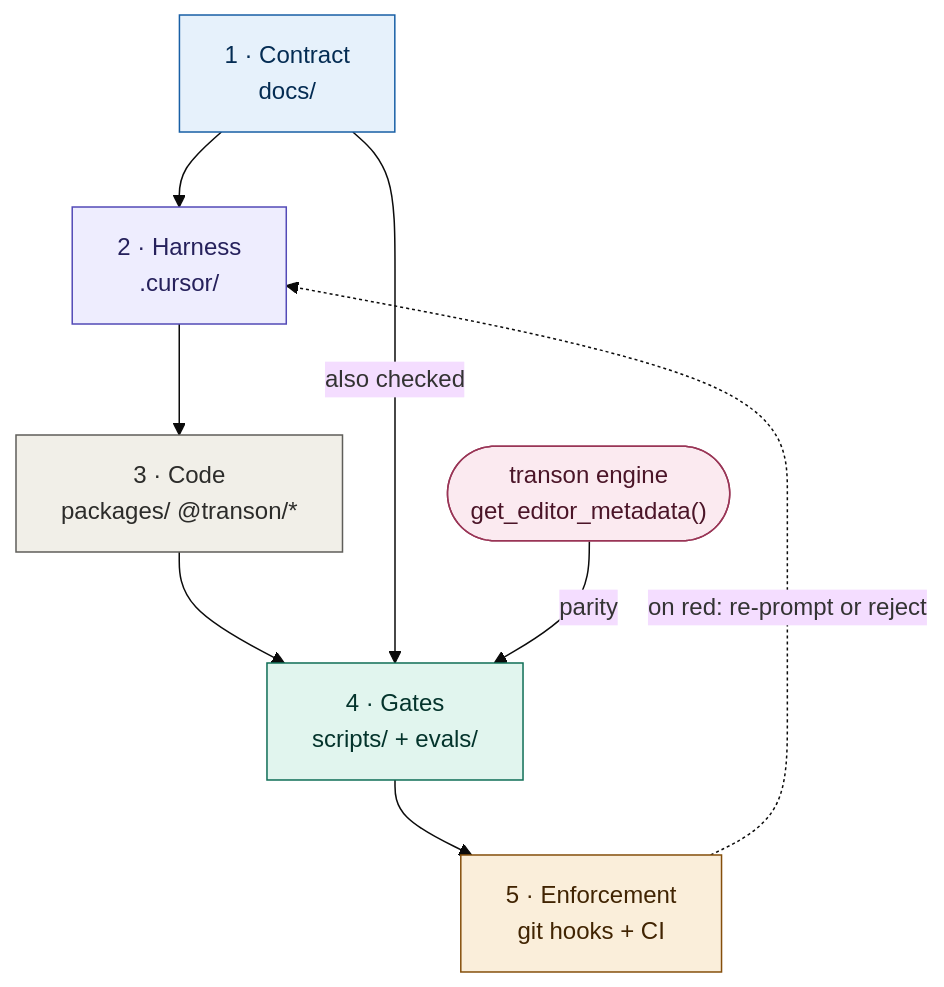
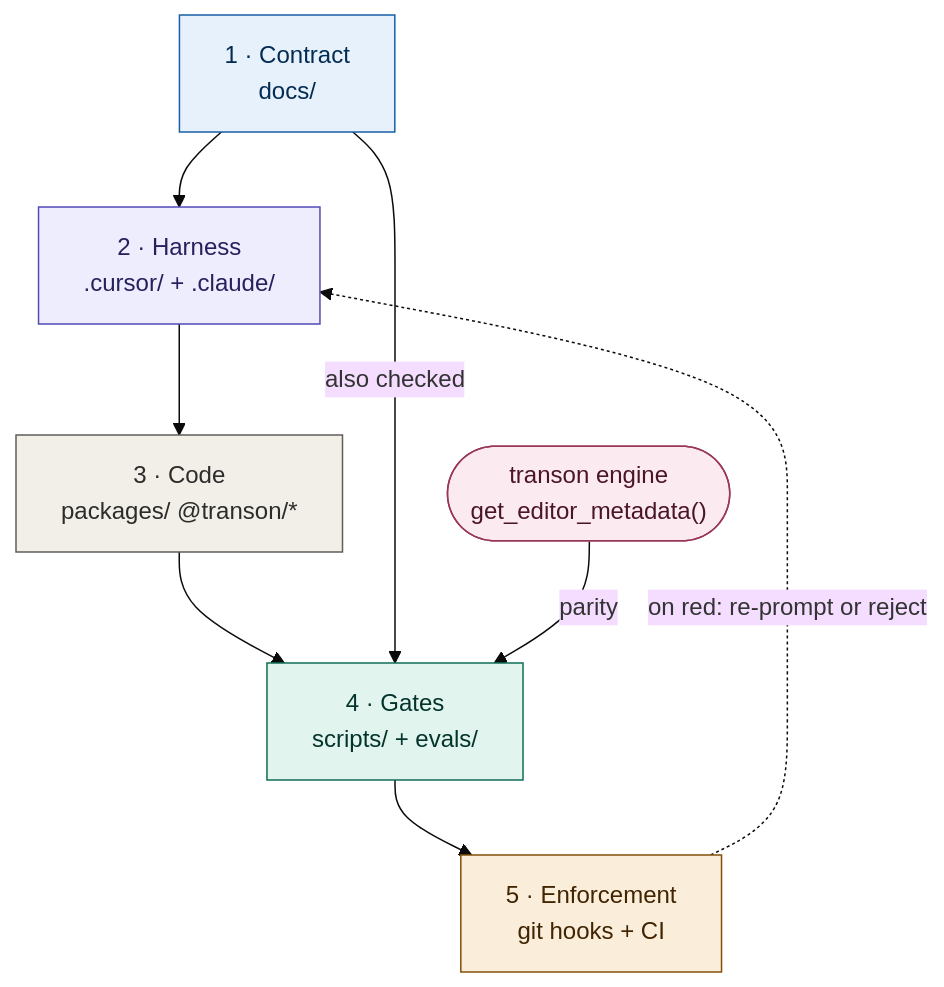
One commit to transon-org/transon-blockly changed the first of 3 diagrams in docs/guides/agentic-development.md. Above: the diagram before and after it, drawn with Mermaid (base theme). The commit also changed other lines of this file and 36 other files, not shown here.

First line of the commit message:
harness: tool-neutral core + Claude Code adapters + symmetric assessment

````diff
--- a/docs/guides/agentic-development.md
+++ b/docs/guides/agentic-development.md
@@ -30,27 +36,27 @@
 ```mermaid
 flowchart TB
     C["1 · Contract<br/>docs/"]
-    H["2 · Harness<br/>.cursor/"]
+    H["2 · Harness<br/>.cursor/ + .claude/"]
     K["3 · Code<br/>packages/ @transon/*"]
     G["4 · Gates<br/>scripts/ + evals/"]
     E["5 · Enforcement<br/>git hooks + CI"]
     EN(["transon engine<br/>get_editor_metadata()"])
 
     C --> H --> K --> G --> E
     C -->|also checked| G
     EN -->|parity| G
     E -.->|on red: re-prompt or reject| H
 
     classDef con fill:#E6F1FB,stroke:#185FA5,color:#042C53;
     classDef har fill:#EEEDFE,stroke:#534AB7,color:#26215C;
     classDef cod fill:#F1EFE8,stroke:#5F5E5A,color:#2C2C2A;
     classDef gat fill:#E1F5EE,stroke:#0F6E56,color:#04342C;
     classDef enf fill:#FAEEDA,stroke:#854F0B,color:#412402;
     classDef eng fill:#FBEAF0,stroke:#993556,color:#4B1528;
     class C con;
     class H har;
     class K cod;
     class G gat;
     class E enf;
     class EN eng;
 ```
````
